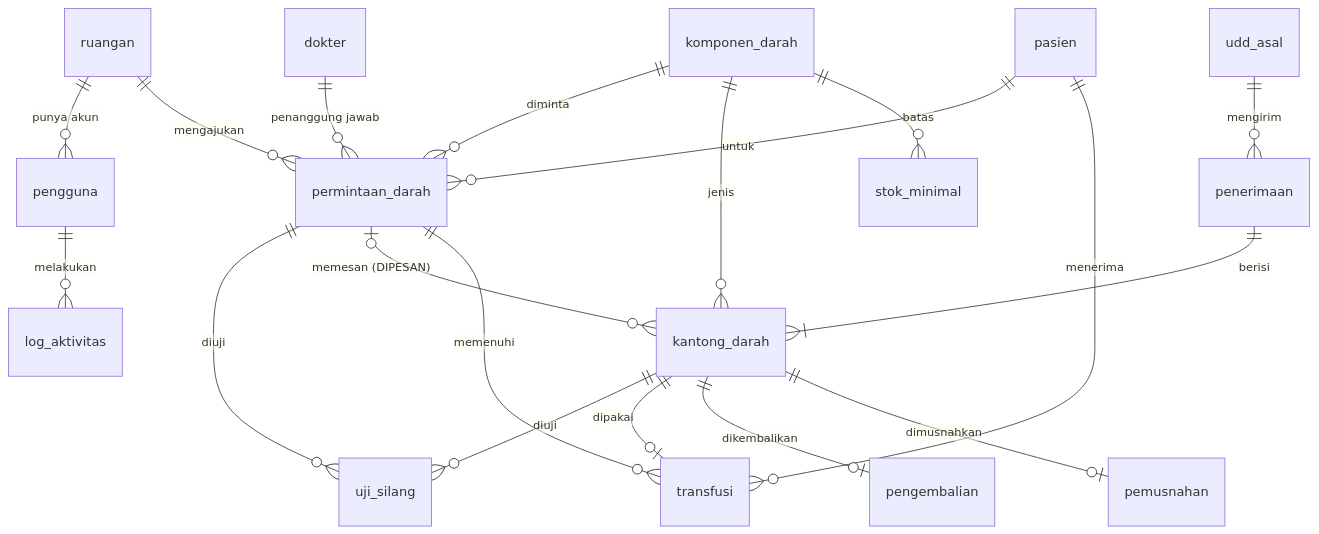
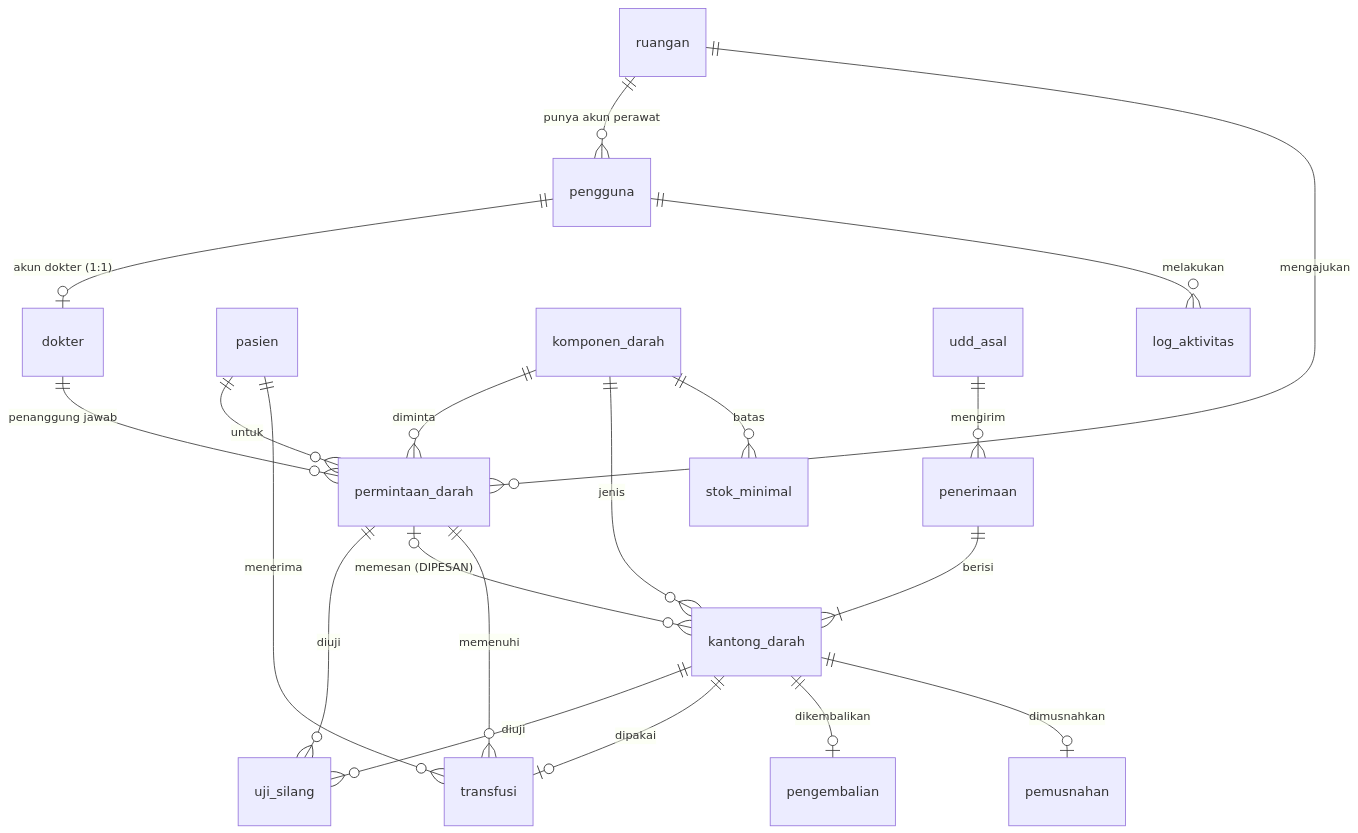
Before and after one commit to Zrest8/Simbdrs-Web: the diagram in dokumen/ERD.md, drawn with Mermaid. The commit also changed other lines of this file and 68 other files, not shown here.

First line of the commit message:
Revisi masukan dosen: akun dokter, master hak akses, dashboard dokter & perawat

````diff
--- a/dokumen/ERD.md
+++ b/dokumen/ERD.md
@@ -19,21 +22,22 @@
 ```mermaid
 erDiagram
-  ruangan ||--o{ pengguna : "punya akun"
+  ruangan ||--o{ pengguna : "punya akun perawat"
+  pengguna ||--o| dokter : "akun dokter (1:1)"
   ruangan ||--o{ permintaan_darah : mengajukan
   dokter ||--o{ permintaan_darah : "penanggung jawab"
   pasien ||--o{ permintaan_darah : untuk
   komponen_darah ||--o{ permintaan_darah : diminta
   komponen_darah ||--o{ kantong_darah : jenis
   komponen_darah ||--o{ stok_minimal : batas
   udd_asal ||--o{ penerimaan : mengirim
   penerimaan ||--|{ kantong_darah : berisi
   permintaan_darah ||--o{ uji_silang : diuji
   kantong_darah ||--o{ uji_silang : diuji
   permintaan_darah |o--o{ kantong_darah : "memesan (DIPESAN)"
   kantong_darah ||--o| transfusi : "dipakai"
   permintaan_darah ||--o{ transfusi : memenuhi
   pasien ||--o{ transfusi : menerima
   kantong_darah ||--o| pengembalian : dikembalikan
   kantong_darah ||--o| pemusnahan : dimusnahkan
   pengguna ||--o{ log_aktivitas : melakukan
 ```
````
